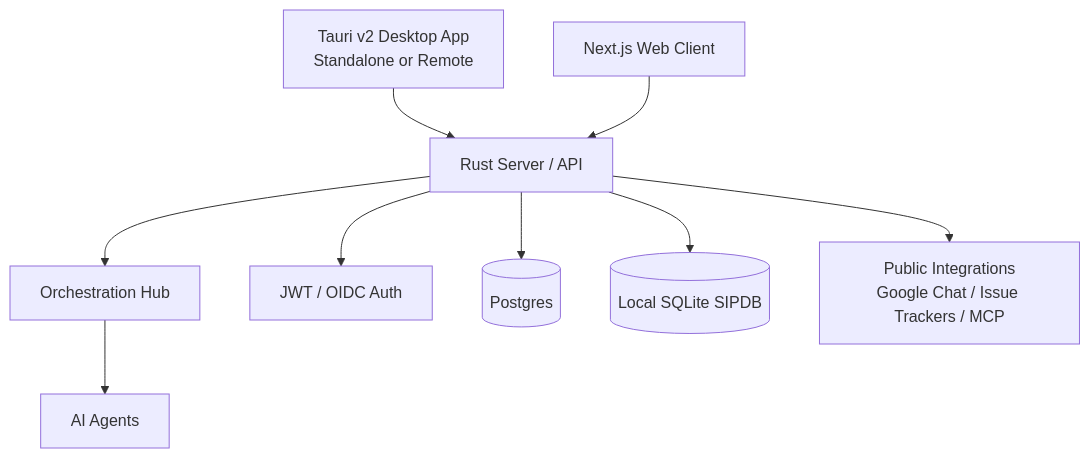
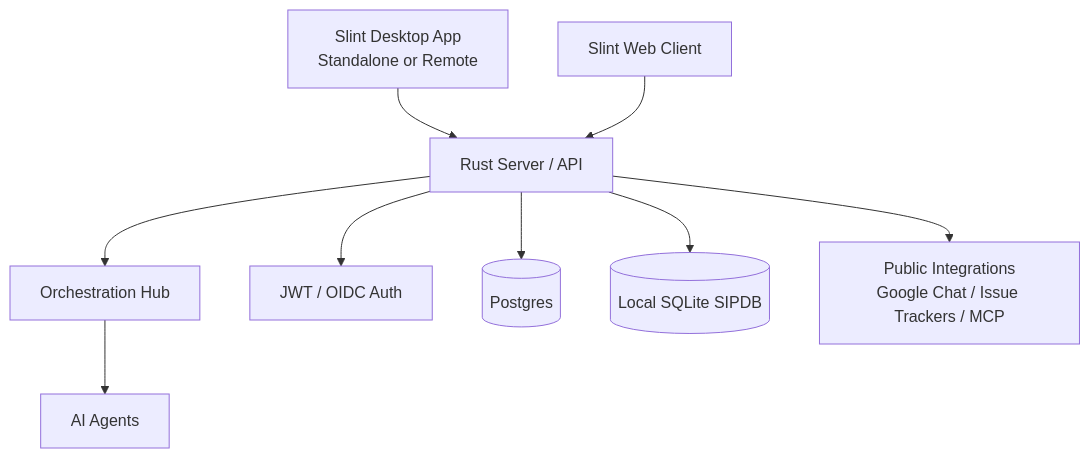
One commit to omnisolo-llc/onehumancorp changed the diagram in README.md. Above: the diagram before and after it, drawn with Mermaid. The commit also changed other lines of this file and 829 other files, not shown here.

````diff
--- a/README.md
+++ b/README.md
@@ -40,11 +38,11 @@
 ```mermaid
 graph TD;
-    DesktopClient[Tauri v2 Desktop App\nStandalone or Remote] --> API[Rust Server / API];
-    WebClient[Next.js Web Client] --> API;
+    DesktopClient[Slint Desktop App\nStandalone or Remote] --> API[Rust Server / API];
+    WebClient[Slint Web Client] --> API;
     API --> Orchestration[Orchestration Hub];
     API --> Auth[JWT / OIDC Auth];
     Orchestration --> Agents[AI Agents];
     API --> Postgres[(Postgres)];
     API --> SQLite[(Local SQLite SIPDB)];
     API --> Integrations[Public Integrations\nGoogle Chat / Issue Trackers / MCP];
 ```
````
